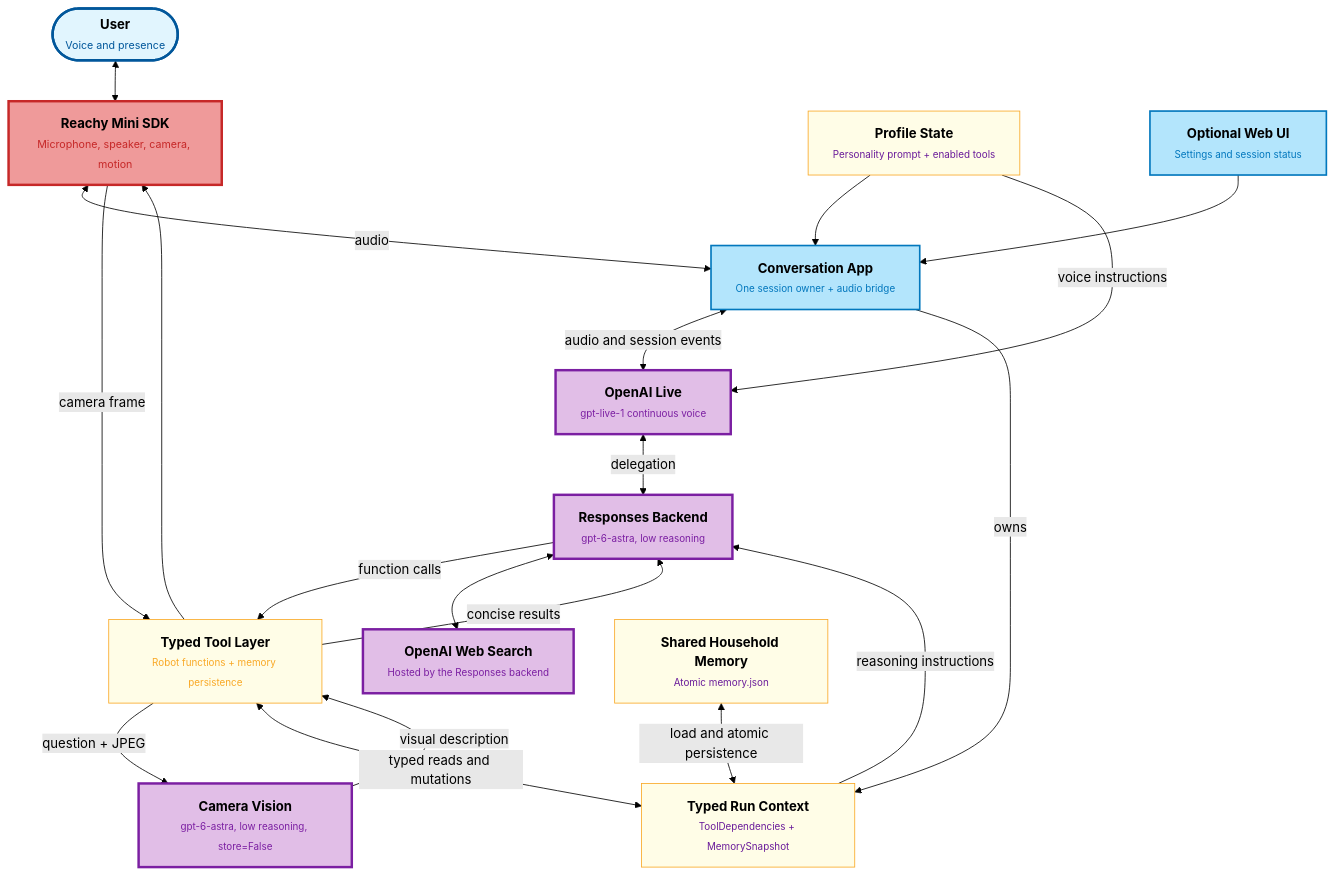
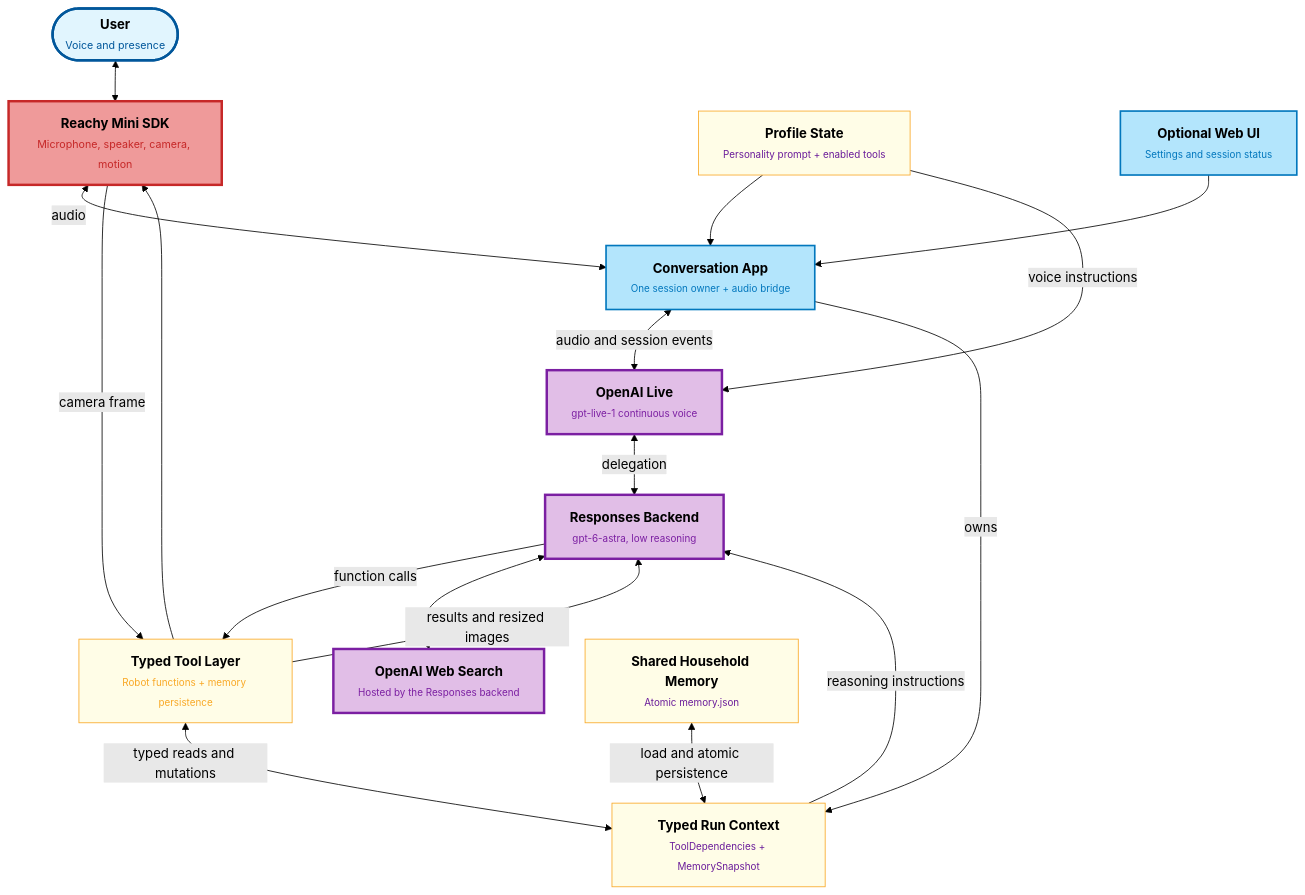
Before and after one commit to SaveTheRbtz/reachy_mini_conversation_app: the diagram in docs/scheme.mmd, drawn with Mermaid (forest theme). The commit also changed 8 other files, not shown here.

Commit message:
Send WebP camera images directly to the Live backend

```diff
--- a/docs/scheme.mmd
+++ b/docs/scheme.mmd
@@ -1,56 +1,52 @@
 ---
 config:
   layout: dagre
   flowchart:
     htmlLabels: true
 ---
 flowchart TB
     User(["<span style='font-size:16px;font-weight:bold;'>User</span><br><span style='font-size:13px;color:#01579b;'>Voice and presence</span>"])
     Robot@{ label: "<span style='font-size:16px;font-weight:bold;'>Reachy Mini SDK</span><br><span style='font-size:13px;color:#c62828;'>Microphone, speaker, camera, motion</span>" }
     App@{ label: "<span style='font-size:16px;font-weight:bold;'>Conversation App</span><br><span style='font-size:12px;color:#0277bd;'>One session owner + audio bridge</span>" }
     Live@{ label: "<span style='font-size:16px;font-weight:bold;'>OpenAI Live</span><br><span style='font-size:12px;color:#7b1fa2;'>gpt-live-1 continuous voice</span>" }
     Backend@{ label: "<span style='font-size:16px;font-weight:bold;'>Responses Backend</span><br><span style='font-size:12px;color:#7b1fa2;'>gpt-6-astra, low reasoning</span>" }
     Tools@{ label: "<span style='font-size:16px;font-weight:bold;'>Typed Tool Layer</span><br><span style='font-size:12px;color:#f9a825;'>Robot functions + memory persistence</span>" }
-    Vision@{ label: "<span style='font-size:16px;font-weight:bold;'>Camera Vision</span><br><span style='font-size:12px;color:#7b1fa2;'>gpt-6-astra, low reasoning, store=False</span>" }
     Search@{ label: "<span style='font-size:16px;font-weight:bold;'>OpenAI Web Search</span><br><span style='font-size:12px;color:#7b1fa2;'>Hosted by the Responses backend</span>" }
     Profiles@{ label: "<span style='font-size:16px;font-weight:bold;'>Profile State</span><br><span style='font-size:12px;color:#6a1b9a;'>Personality prompt + enabled tools</span>" }
     Context@{ label: "<span style='font-size:16px;font-weight:bold;'>Typed Run Context</span><br><span style='font-size:12px;color:#6a1b9a;'>ToolDependencies + MemorySnapshot</span>" }
     Memory@{ label: "<span style='font-size:16px;font-weight:bold;'>Shared Household Memory</span><br><span style='font-size:12px;color:#6a1b9a;'>Atomic memory.json</span>" }
     UI@{ label: "<span style='font-size:16px;font-weight:bold;'>Optional Web UI</span><br><span style='font-size:12px;color:#0277bd;'>Settings and session status</span>" }
 
     User <--> Robot
     Robot <-- audio --> App
     App <-- audio and session events --> Live
     Live <-- delegation --> Backend
     Backend -- function calls --> Tools
-    Tools -- concise results --> Backend
-    Tools -- question + JPEG --> Vision
-    Vision -- visual description --> Tools
+    Tools -- results and resized images --> Backend
     Backend <--> Search
     Profiles --> App
     App -- owns --> Context
     Profiles -- voice instructions --> Live
     Context -- reasoning instructions --> Backend
     Tools <-- typed reads and mutations --> Context
     Memory <-- load and atomic persistence --> Context
     Tools --> Robot
     Robot -- camera frame --> Tools
     UI --> App
 
     User:::userStyle
     UI:::uiStyle
     App:::uiStyle
     Live:::aiStyle
     Backend:::aiStyle
-    Vision:::aiStyle
     Search:::aiStyle
     Robot:::hardwareStyle
     Profiles:::toolStyle
     Context:::toolStyle
     Memory:::toolStyle
     Tools:::toolStyle
     classDef userStyle fill:#e1f5fe,stroke:#01579b,stroke-width:3px
     classDef uiStyle fill:#b3e5fc,stroke:#0277bd,stroke-width:2px
     classDef aiStyle fill:#e1bee7,stroke:#7b1fa2,stroke-width:3px
     classDef hardwareStyle fill:#ef9a9a,stroke:#c62828,stroke-width:3px
     classDef toolStyle fill:#fffde7,stroke:#f9a825,stroke-width:1px
```
